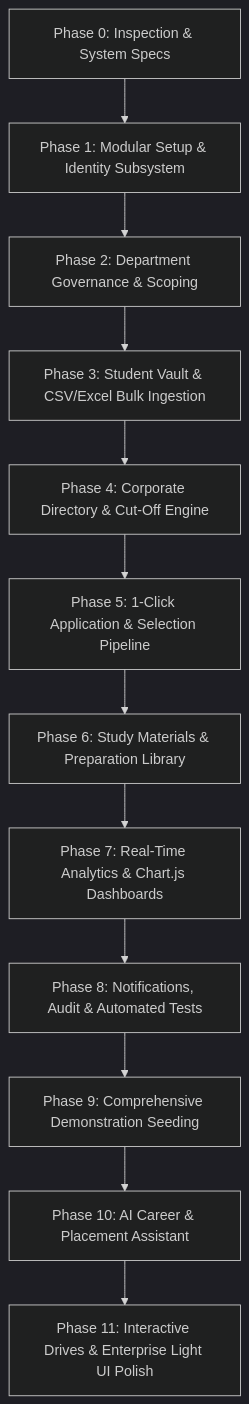
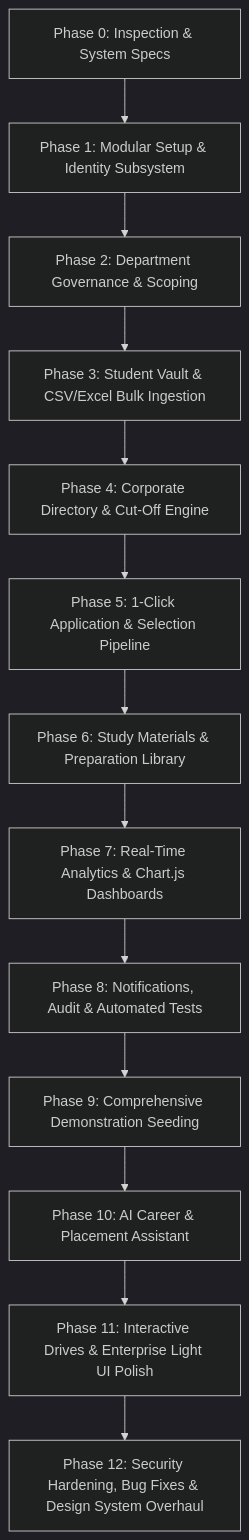
One commit to Ayush7kr/tpms changed the diagram in docs/IMPLEMENTATION_ROADMAP.md. Above: the diagram before and after it, drawn with Mermaid (dark theme). The commit also changed other lines of this file and 134 other files, not shown here.

Commit message:
feat: overhaul UI design system, resolve security & workflow defects, refresh live screenshots and expand documentation

````diff
--- a/docs/IMPLEMENTATION_ROADMAP.md
+++ b/docs/IMPLEMENTATION_ROADMAP.md
@@ -9,14 +9,15 @@
 ```mermaid
 flowchart TD
     P0["Phase 0: Inspection & System Specs"] --> P1["Phase 1: Modular Setup & Identity Subsystem"]
     P1 --> P2["Phase 2: Department Governance & Scoping"]
     P2 --> P3["Phase 3: Student Vault & CSV/Excel Bulk Ingestion"]
     P3 --> P4["Phase 4: Corporate Directory & Cut-Off Engine"]
     P4 --> P5["Phase 5: 1-Click Application & Selection Pipeline"]
     P5 --> P6["Phase 6: Study Materials & Preparation Library"]
     P6 --> P7["Phase 7: Real-Time Analytics & Chart.js Dashboards"]
     P7 --> P8["Phase 8: Notifications, Audit & Automated Tests"]
     P8 --> P9["Phase 9: Comprehensive Demonstration Seeding"]
     P9 --> P10["Phase 10: AI Career & Placement Assistant"]
     P10 --> P11["Phase 11: Interactive Drives & Enterprise Light UI Polish"]
+    P11 --> P12["Phase 12: Security Hardening, Bug Fixes & Design System Overhaul"]
 ```
````
